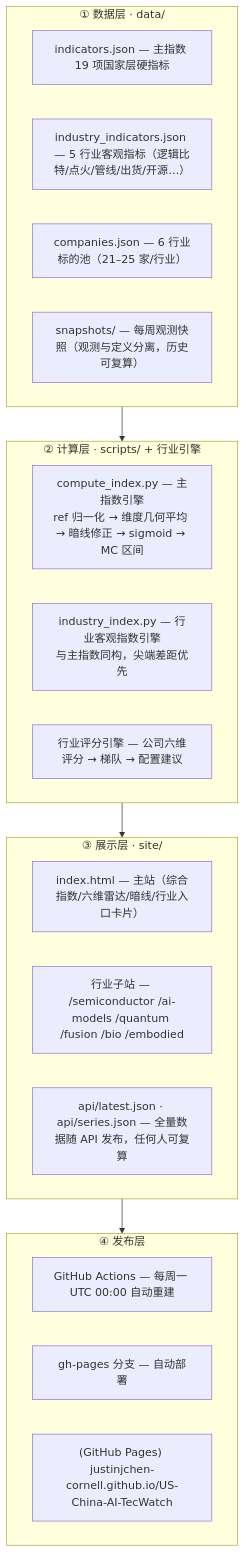
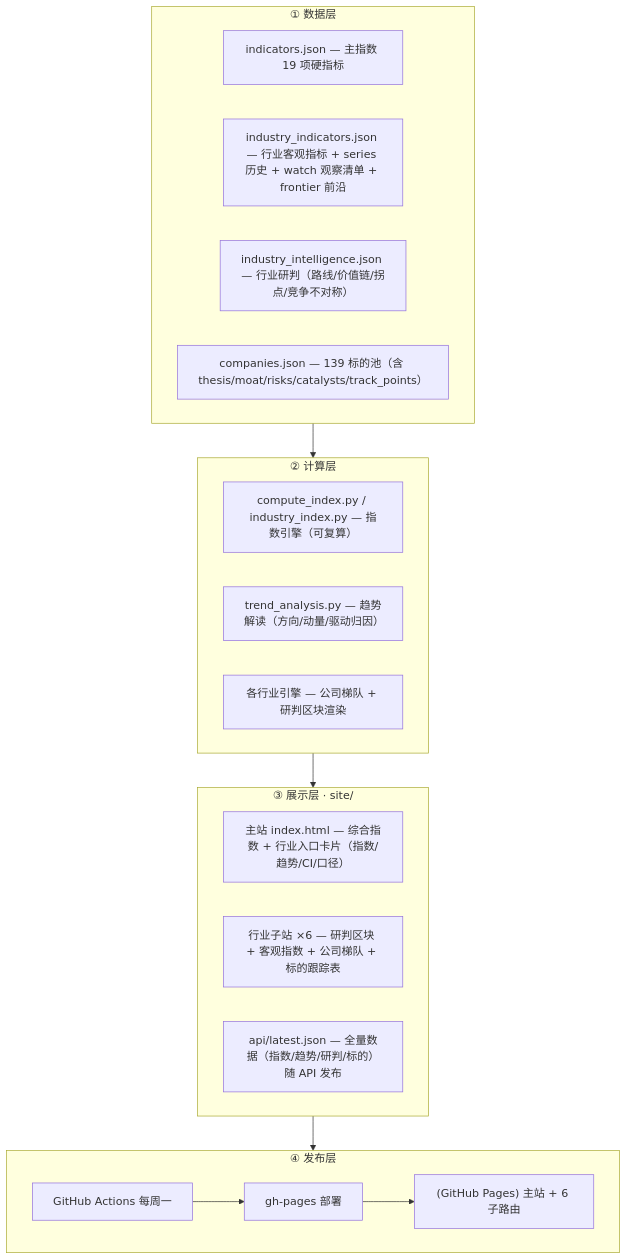
Before and after one commit to Justinjchen-Cornell/US-China-AI-TecWatch: the diagram in README.md, drawn with Mermaid. The commit also changed other lines of this file, not shown here.

Commit message:
docs: README reflects intelligence layer (三层内容体系: 客观指数/行业研判/标的分析)

````diff
--- a/README.md
+++ b/README.md
@@ -21,25 +21,23 @@
 ```mermaid
 flowchart TB
-    subgraph DATA["① 数据层 · data/"]
-        M["indicators.json — 主指数 19 项国家层硬指标"]
-        I1["industry_indicators.json — 5 行业客观指标（逻辑比特/点火/管线/出货/开源…）"]
-        C["companies.json — 6 行业标的池（21–25 家/行业）"]
-        S["snapshots/ — 每周观测快照（观测与定义分离，历史可复算）"]
+    subgraph DATA["① 数据层"]
+        M["indicators.json — 主指数 19 项硬指标"]
+        I1["industry_indicators.json — 行业客观指标 + series 历史 + watch 观察清单 + frontier 前沿"]
+        INT["industry_intelligence.json — 行业研判（路线/价值链/拐点/竞争不对称）"]
+        C["companies.json — 139 标的池（含 thesis/moat/risks/catalysts/track_points）"]
     end
-    subgraph COMP["② 计算层 · scripts/ + 行业引擎"]
-        E1["compute_index.py — 主指数引擎<br/>ref 归一化 → 维度几何平均 → 暗线修正 → sigmoid → MC 区间"]
-        E2["industry_index.py — 行业客观指数引擎<br/>与主指数同构，尖端差距优先"]
-        E3["行业评分引擎 — 公司六维评分 → 梯队 → 配置建议"]
+    subgraph COMP["② 计算层"]
+        E1["compute_index.py / industry_index.py — 指数引擎（可复算）"]
+        E2["trend_analysis.py — 趋势解读（方向/动量/驱动归因）"]
+        E3["各行业引擎 — 公司梯队 + 研判区块渲染"]
     end
     subgraph SITE["③ 展示层 · site/"]
-        P1["index.html — 主站（综合指数/六维雷达/暗线/行业入口卡片）"]
-        P2["行业子站 — /semiconductor /ai-models /quantum /fusion /bio /embodied"]
-        A1["api/latest.json · api/series.json — 全量数据随 API 发布，任何人可复算"]
+        P1["主站 index.html — 综合指数 + 行业入口卡片（指数/趋势/CI/口径）"]
+        P2["行业子站 ×6 — 研判区块 + 客观指数 + 公司梯队 + 标的跟踪表"]
+        A1["api/latest.json — 全量数据（指数/趋势/研判/标的）随 API 发布"]
     end
     subgraph PUB["④ 发布层"]
-        W["GitHub Actions — 每周一 UTC 00:00 自动重建"]
-        G["gh-pages 分支 — 自动部署"]
-        U["(GitHub Pages) justinjchen-cornell.github.io/US-China-AI-TecWatch"]
+        W["GitHub Actions 每周一"] --> G["gh-pages 部署"] --> U["(GitHub Pages) 主站 + 6 子路由"]
     end
     DATA --> COMP --> SITE --> PUB
 ```
````
